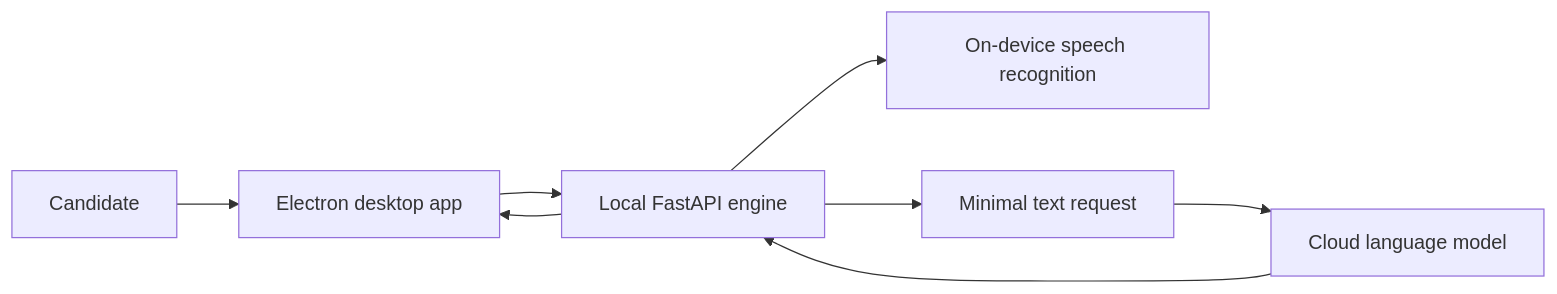
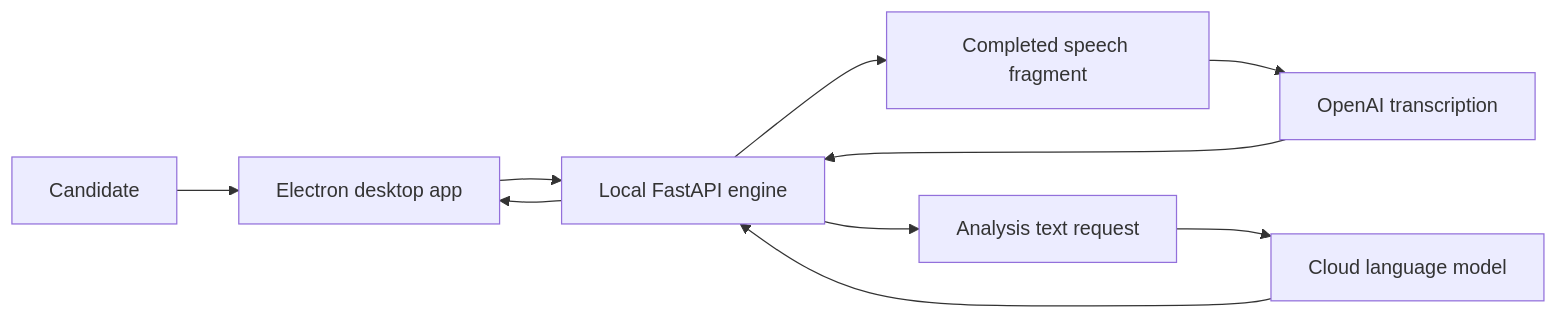
One commit to GalievGleb/interview changed the diagram in docs/superpowers/plans/2026-08-04-grant-ready-product-packaging.md. Above: the diagram before and after it, drawn with Mermaid. The commit also changed other lines of this file and 10 other files, not shown here.

Commit message:
fix: align public claims with cloud speech recognition

````diff
--- a/docs/superpowers/plans/2026-08-04-grant-ready-product-packaging.md
+++ b/docs/superpowers/plans/2026-08-04-grant-ready-product-packaging.md
@@ -378,10 +378,12 @@
 ```mermaid
 flowchart LR
     U["Candidate"] --> D["Electron desktop app"]
     D --> L["Local FastAPI engine"]
-    L --> S["On-device speech recognition"]
-    L --> T["Minimal text request"]
+    L --> A["Completed speech fragment"]
+    A --> S["OpenAI transcription"]
+    S --> L
+    L --> T["Analysis text request"]
     T --> M["Cloud language model"]
     M --> L
     L --> D
 ```
````
